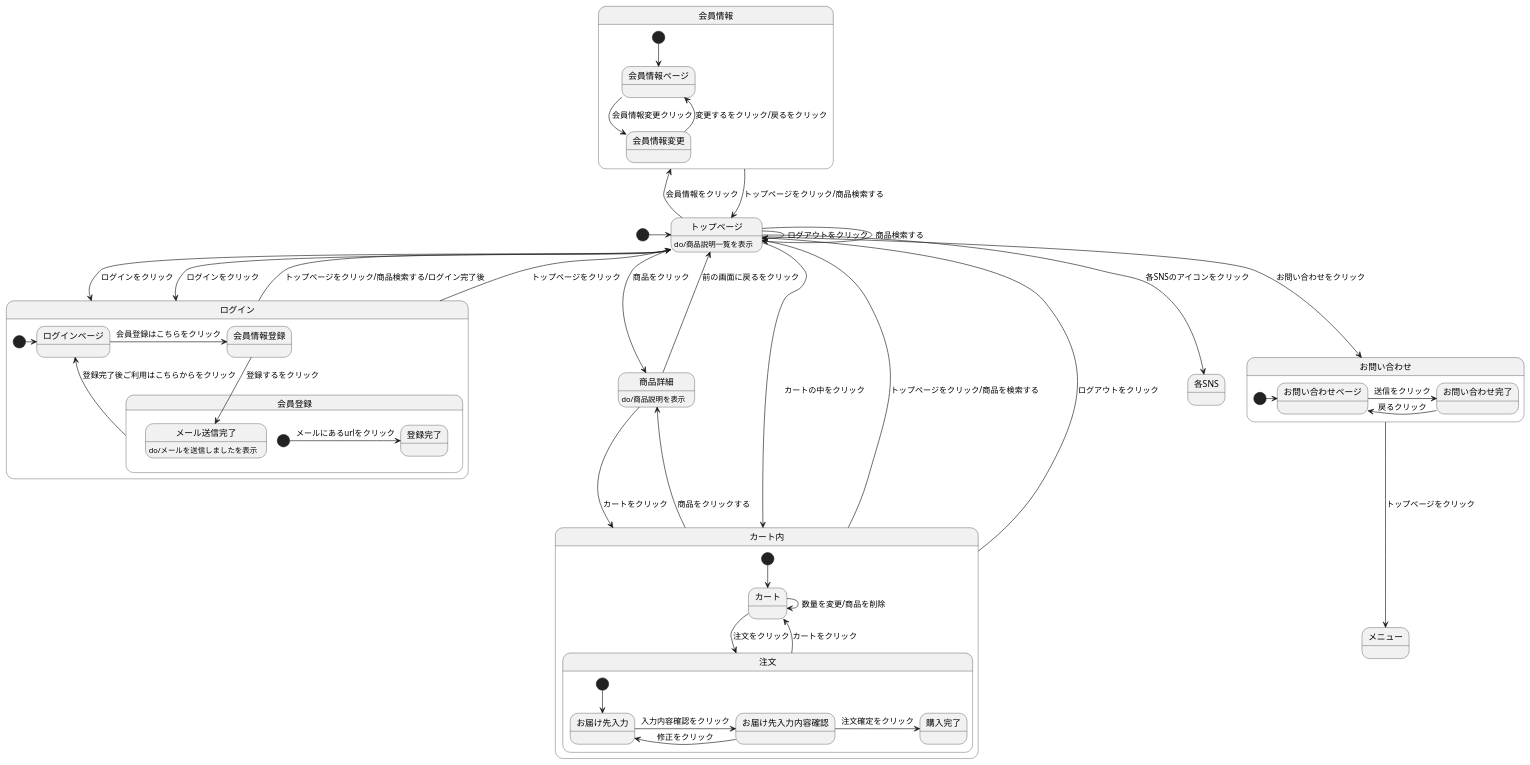
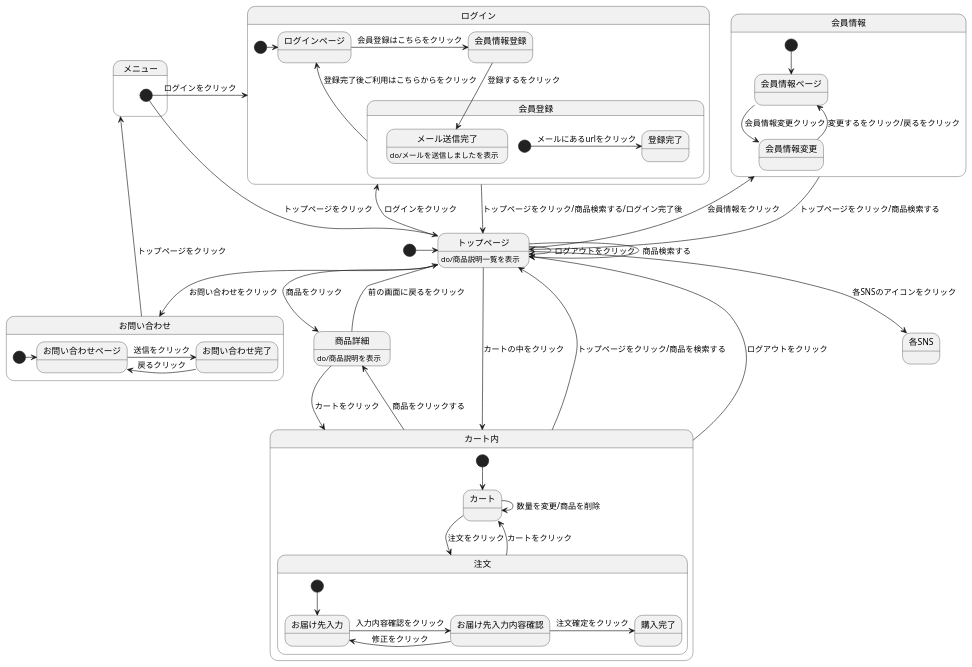
Before and after one commit to Aso2001026/2021sys-design: the diagram in original-stm01.md, drawn with PlantUML.

````diff
--- a/original-stm01.md
+++ b/original-stm01.md
@@ -2,72 +2,72 @@
 ```uml
 @startuml
 
 [*] -> トップページ
 トップページ -> トップページ : ログアウトをクリック
 トップページ -> トップページ : 商品検索する
 トップページ -> 商品詳細 : 商品をクリック
 トップページ -up-> 会員情報 : 会員情報をクリック
 トップページ -left-> ログイン : ログインをクリック
 トップページ --> カート内 : カートの中をクリック
 トップページ:do/商品説明一覧を表示
 トップページ --> 各SNS : 各SNSのアイコンをクリック
 トップページ --> お問い合わせ :お問い合わせをクリック
 
 state 会員情報{
 [*] --> 会員情報ページ
 会員情報ページ --> 会員情報変更 : 会員情報変更クリック
 会員情報変更 -up-> 会員情報ページ: 変更するをクリック/戻るをクリック
 }
 会員情報 --> トップページ : トップページをクリック/商品検索する
 
 
 
 商品詳細 --> カート内 : カートをクリック
 商品詳細 --> トップページ : 前の画面に戻るをクリック
 商品詳細:do/商品説明を表示
 
 state カート内{
 [*] --> カート
 カート -> 注文 : 注文をクリック
 カート -> カート : 数量を変更/商品を削除
 注文 --> カート : カートをクリック
  state 注文{
   [*] --> お届け先入力
   お届け先入力 -> お届け先入力内容確認 : 入力内容確認をクリック
   お届け先入力内容確認 -> お届け先入力 : 修正をクリック
   お届け先入力内容確認 -> 購入完了 : 注文確定をクリック
  }
 }
 カート内 -up-> トップページ : トップページをクリック/商品を検索する
 カート内 -up-> トップページ : ログアウトをクリック
 カート内 -> 商品詳細 : 商品をクリックする
 
 
 state ログイン{
 [*]->ログインページ
 ログインページ -> 会員情報登録 : 会員登録はこちらをクリック
  state 会員登録{
    会員情報登録 --> メール送信完了 : 登録するをクリック
    メール送信完了 :do/メールを送信しましたを表示
    [*] -> 登録完了 : メールにあるurlをクリック
    会員登録 --> ログインページ : 登録完了後ご利用はこちらからをクリック
  }
 }
 ログイン --> トップページ : トップページをクリック/商品検索する/ログイン完了後
 
 state お問い合わせ{
 [*] -> お問い合わせページ
 お問い合わせページ -> お問い合わせ完了 :送信をクリック
 お問い合わせ完了 -left-> お問い合わせページ : 戻るクリック
 }
 お問い合わせ --> メニュー : トップページをクリック
 
 state メニュー{
-トップページ --> ログイン : ログインをクリック
-ログイン --> トップページ :　トップページをクリック
+[*] --> ログイン : ログインをクリック
+[*] --> トップページ :　トップページをクリック
 }
 
 
 @enduml
 
 ```
````
